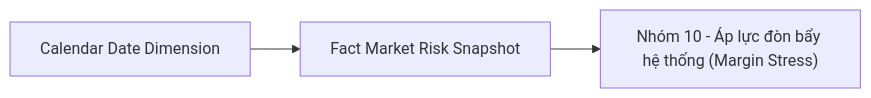
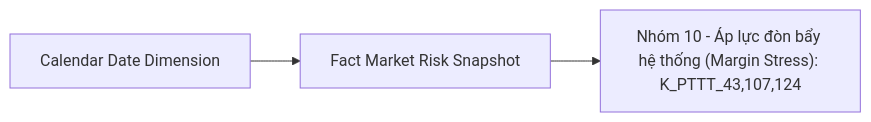
Diagram 28 of 53 in Datamart/hld/DTM_PTTT_HLD.md (linhlvit/ubck_atomic_design), drawn with Mermaid before and after one commit. The commit also changed other lines of this file and 21 other files, not shown here.

````diff
--- a/Datamart/hld/DTM_PTTT_HLD.md
+++ b/Datamart/hld/DTM_PTTT_HLD.md
@@ -1475,8 +1475,8 @@
 ```mermaid
 flowchart LR
     fct_market_risk_snpst["Fact Market Risk Snapshot"]
     cdr_dt_dim["Calendar Date Dimension"]
-    rpt_nhom10["Nhóm 10 - Áp lực đòn bẩy hệ thống (Margin Stress)"]
+    rpt_nhom10["Nhóm 10 - Áp lực đòn bẩy hệ thống (Margin Stress): K_PTTT_43,107,124"]
     cdr_dt_dim --> fct_market_risk_snpst
     fct_market_risk_snpst --> rpt_nhom10
 ```
````
